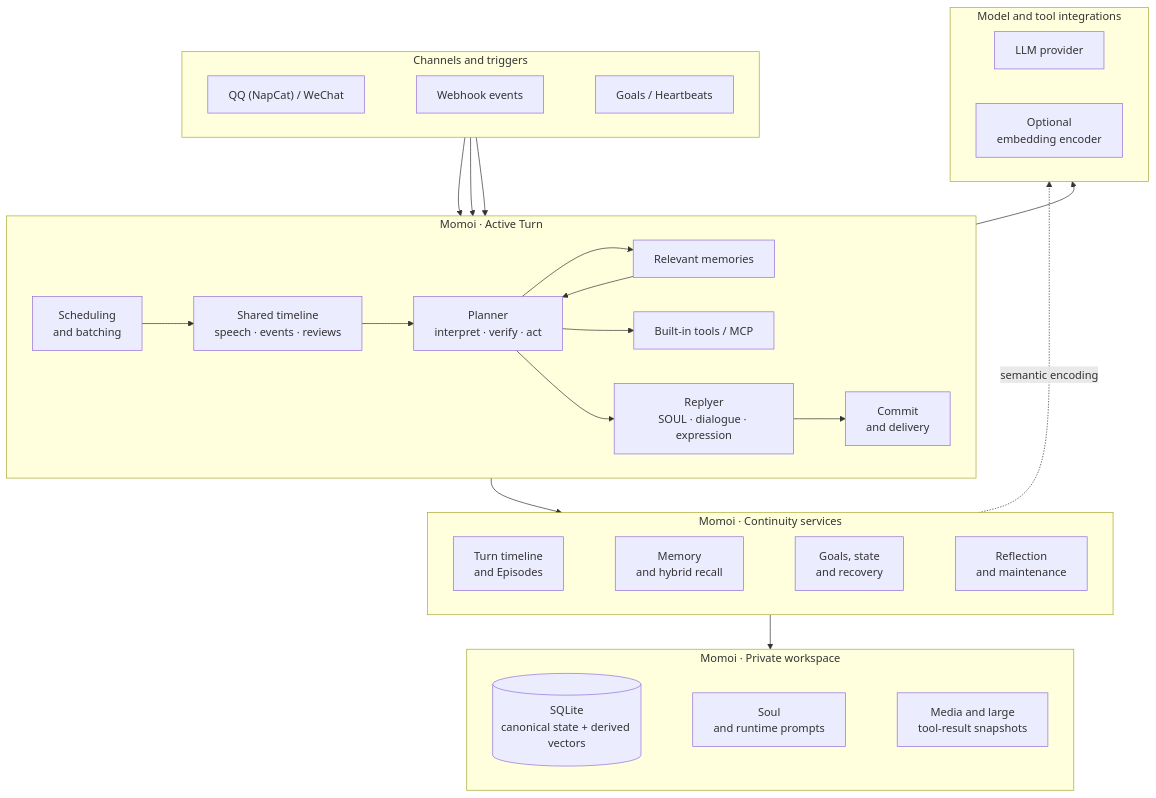
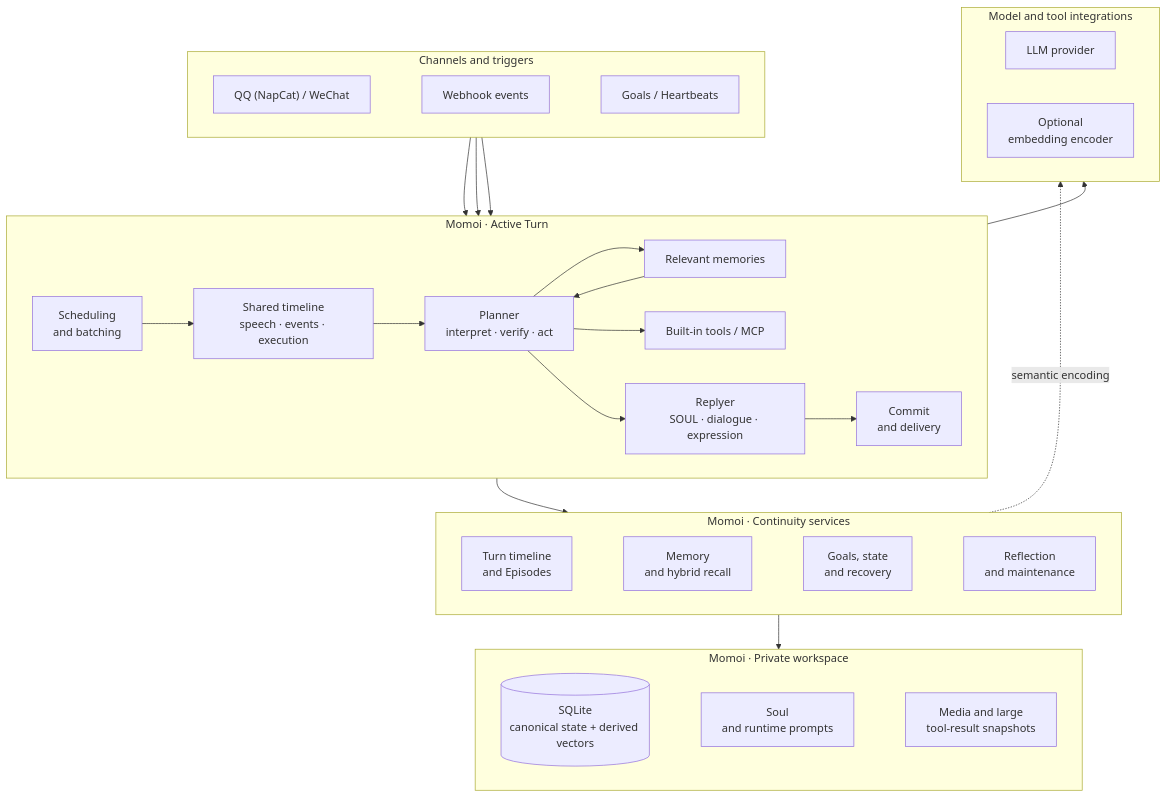
One commit to RicterZ/Momoi changed the diagram in README.md. Above: the diagram before and after it, drawn with Mermaid. The commit also changed other lines of this file and 1 other file, not shown here.

````diff
--- a/README.md
+++ b/README.md
@@ -50,57 +51,57 @@
 ```mermaid
 flowchart TB
   subgraph triggers["Channels and triggers"]
     direction LR
     chat["QQ (NapCat) / WeChat"]
     webhook["Webhook events"]
     clock["Goals / Heartbeats"]
     chat ~~~ webhook ~~~ clock
   end
 
   subgraph active["Momoi · Active Turn"]
     direction LR
     intake["Scheduling<br/>and batching"]
-    transcript["Shared timeline<br/>speech · events · reviews"]
+    transcript["Shared timeline<br/>speech · events · execution"]
     context["Relevant memories"]
     agent["Planner<br/>interpret · verify · act"]
     replyer["Replyer<br/>SOUL · dialogue · expression"]
     delivery["Commit<br/>and delivery"]
     intake --> transcript --> agent
     agent --> context --> agent
     agent --> tools
     agent --> replyer --> delivery
   end
 
   subgraph continuity["Momoi · Continuity services"]
     direction LR
     timeline["Turn timeline<br/>and Episodes"]
     memory["Memory<br/>and hybrid recall"]
     time["Goals, state<br/>and recovery"]
     upkeep["Reflection<br/>and maintenance"]
     timeline ~~~ memory ~~~ time ~~~ upkeep
   end
 
   subgraph workspace["Momoi · Private workspace"]
     direction LR
     sqlite[("SQLite<br/>canonical state + derived vectors")]
     prompts["Soul<br/>and runtime prompts"]
     files["Media and large<br/>tool-result snapshots"]
     sqlite ~~~ prompts ~~~ files
   end
 
   subgraph external["Model and tool integrations"]
     direction LR
     llm["LLM provider"]
     tools["Built-in tools / MCP"]
     embedding["Optional<br/>embedding encoder"]
     llm ~~~ tools ~~~ embedding
   end
 
   chat --> intake
   webhook --> intake
   clock --> intake
   active --> continuity
   continuity --> workspace
   active --> external
   continuity -. "semantic encoding" .-> external
 ```
````
